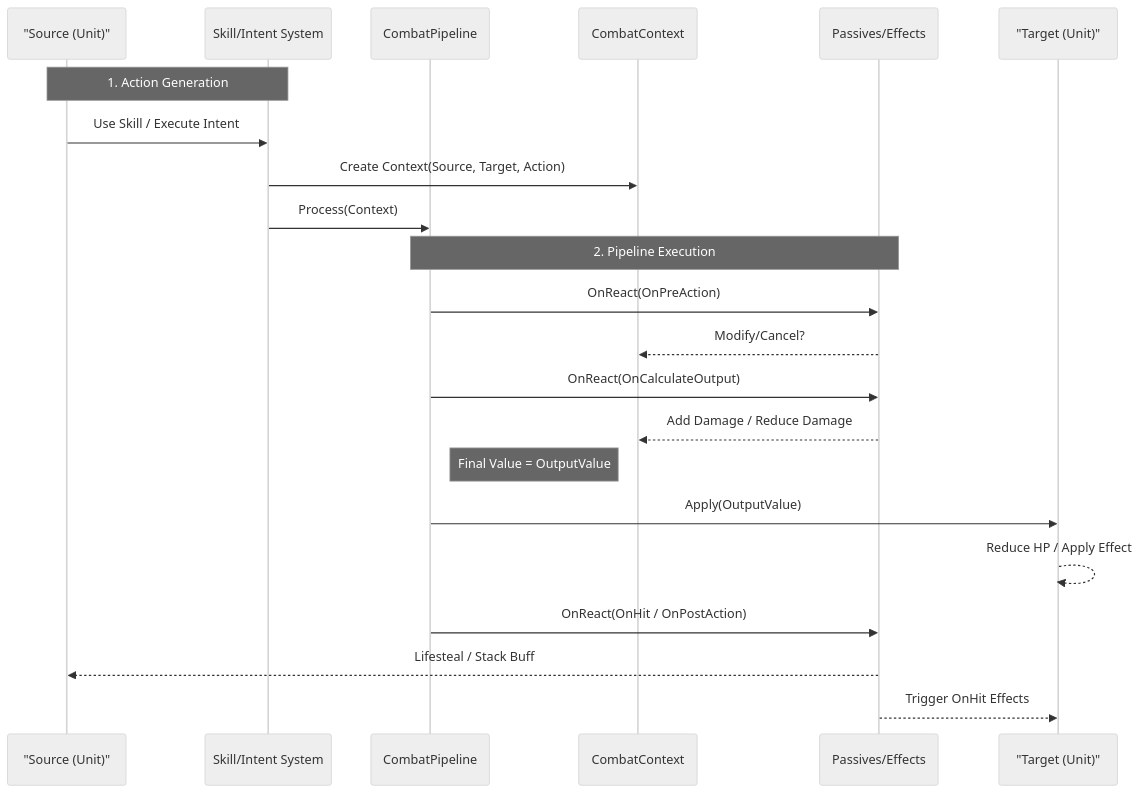
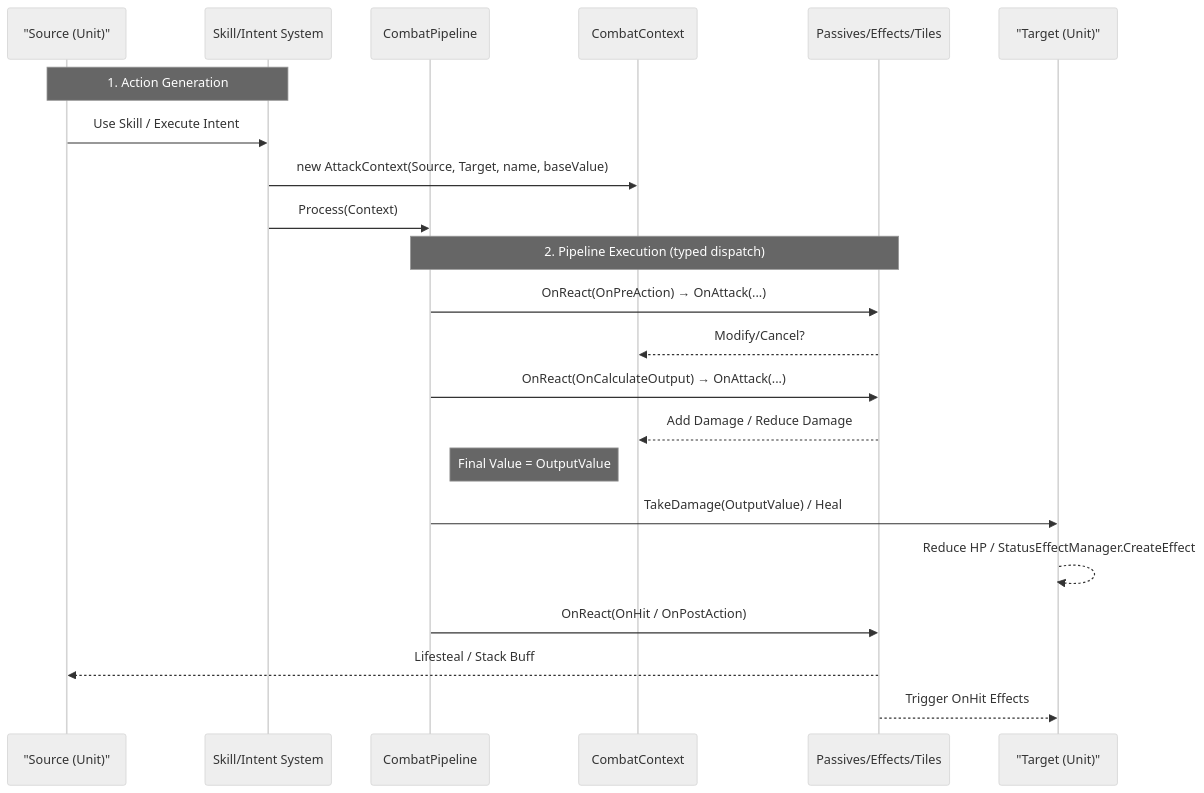
The third of 3 diagrams in Docs/skill_system_structure.md (dfdfg42/Dice-Orbit), drawn with Mermaid (neutral theme) before and after one commit. The commit also changed other lines of this file and 19 other files, not shown here.

````diff
--- a/Docs/skill_system_structure.md
+++ b/Docs/skill_system_structure.md
@@ -393,34 +450,34 @@
 ```mermaid
 sequenceDiagram
     participant Source as "Source (Unit)"
     participant SM as Skill/Intent System
     participant Pipe as CombatPipeline
     participant Context as CombatContext
-    participant Reactors as Passives/Effects
+    participant Reactors as Passives/Effects/Tiles
     participant Target as "Target (Unit)"
 
     Note over Source, SM: 1. Action Generation
     Source->>SM: Use Skill / Execute Intent
-    SM->>Context: Create Context(Source, Target, Action)
+    SM->>Context: new AttackContext(Source, Target, name, baseValue)
     SM->>Pipe: Process(Context)
 
-    Note over Pipe, Reactors: 2. Pipeline Execution
+    Note over Pipe, Reactors: 2. Pipeline Execution (typed dispatch)
 
     %% Step 1: Pre-Action
-    Pipe->>Reactors: OnReact(OnPreAction)
+    Pipe->>Reactors: OnReact(OnPreAction) → OnAttack(...)
     Reactors-->>Context: Modify/Cancel?
 
     %% Step 2: Calculation
-    Pipe->>Reactors: OnReact(OnCalculateOutput)
+    Pipe->>Reactors: OnReact(OnCalculateOutput) → OnAttack(...)
     Reactors-->>Context: Add Damage / Reduce Damage
     Note right of Pipe: Final Value = OutputValue
 
     %% Step 3: Application
-    Pipe->>Target: Apply(OutputValue)
-    Target-->>Target: Reduce HP / Apply Effect
+    Pipe->>Target: TakeDamage(OutputValue) / Heal
+    Target-->>Target: Reduce HP / StatusEffectManager.CreateEffect
 
     %% Step 4: Reaction
     Pipe->>Reactors: OnReact(OnHit / OnPostAction)
     Reactors-->>Source: Lifesteal / Stack Buff
     Reactors-->>Target: Trigger OnHit Effects
 ```
````
